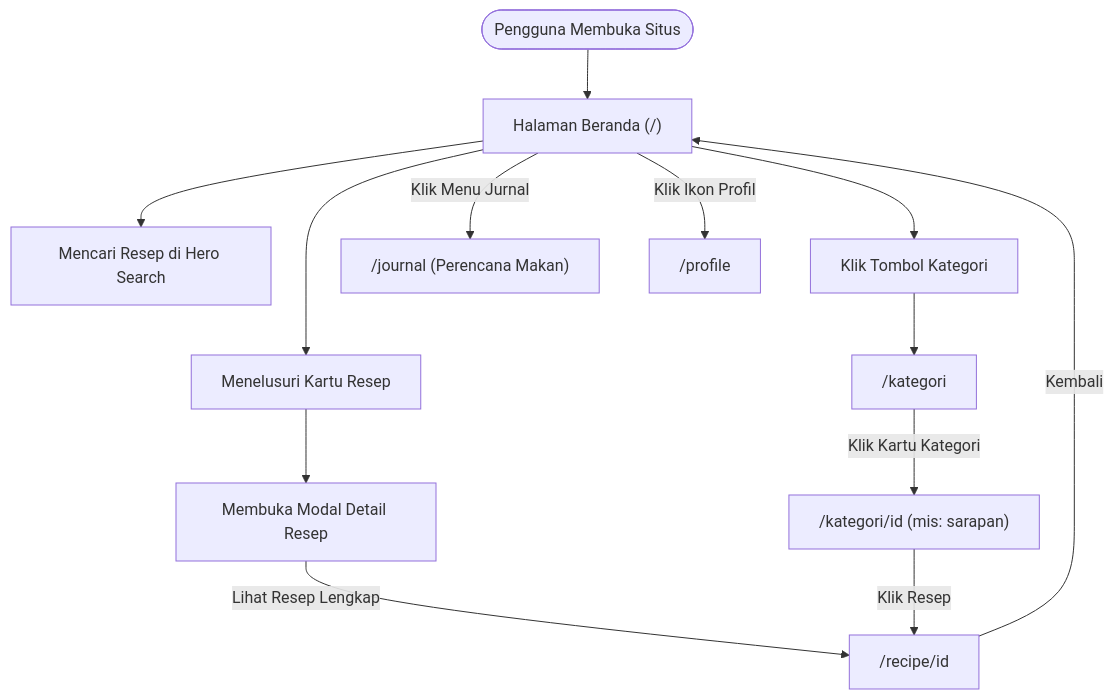
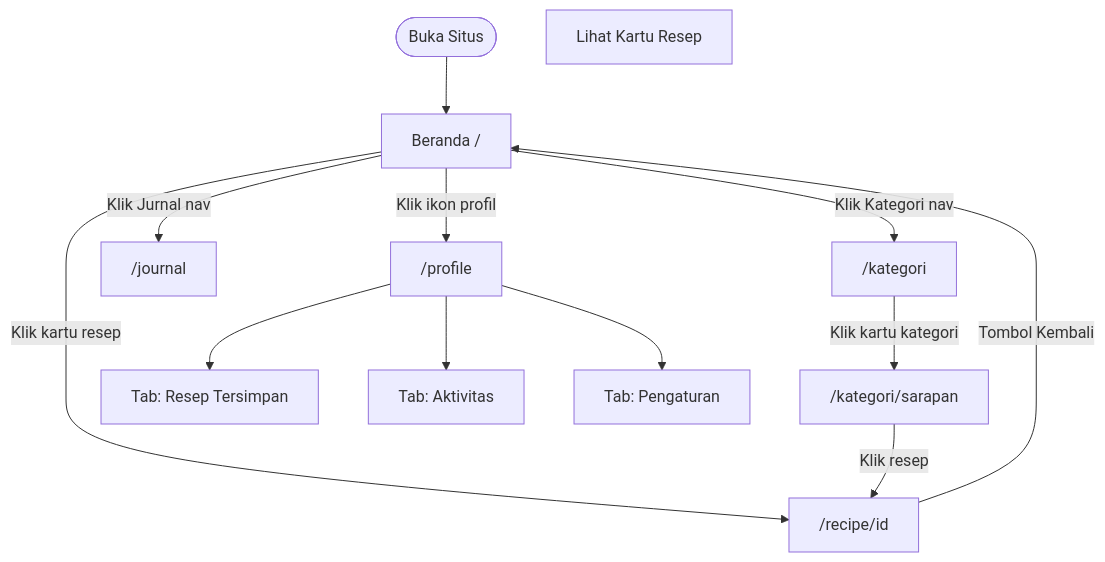
One commit to nabilkencana/Resep-Makanan-Frontend changed the second of 5 diagrams in technical_guide.md. Above: the diagram before and after it, drawn with Mermaid. The commit also changed other lines of this file and 1 other file, not shown here.

Commit message:
docs: update technical and simple project guides with detailed architecture and component information

````diff
--- a/technical_guide.md
+++ b/technical_guide.md
@@ -132,31 +266,28 @@
 ```mermaid
 graph TD
-    Start(["Pengguna Membuka Situs"])
-    Landing["Halaman Beranda (/)"]
-    Search["Mencari Resep di Hero Search"]
-    Browse["Menelusuri Kartu Resep"]
-    Modal["Membuka Modal Detail Resep"]
-    GoCategory["Klik Tombol Kategori"]
-    CategoryPage["/kategori"]
-    CategoryDetail["/kategori/id (mis: sarapan)"]
+    Start(["Buka Situs"])
+    Home["Beranda /"]
+    Browse["Lihat Kartu Resep"]
     RecipePage["/recipe/id"]
-    Journal["/journal (Perencana Makan)"]
+    CatPage["/kategori"]
+    CatDetail["/kategori/sarapan"]
+    Journal["/journal"]
     Profile["/profile"]
+    TabRec["Tab: Resep Tersimpan"]
+    TabAct["Tab: Aktivitas"]
+    TabSet["Tab: Pengaturan"]
 
-    Start --> Landing
-    Landing --> Search
-    Landing --> Browse
-    Landing --> GoCategory
+    Start --> Home
+    Home -->|"Klik kartu resep"| RecipePage
+    Home -->|"Klik Kategori nav"| CatPage
+    Home -->|"Klik Jurnal nav"| Journal
+    Home -->|"Klik ikon profil"| Profile
 
-    Browse --> Modal
-    Modal -->|"Lihat Resep Lengkap"| RecipePage
+    CatPage -->|"Klik kartu kategori"| CatDetail
+    CatDetail -->|"Klik resep"| RecipePage
+    RecipePage -->|"Tombol Kembali"| Home
 
-    GoCategory --> CategoryPage
-    CategoryPage -->|"Klik Kartu Kategori"| CategoryDetail
-    CategoryDetail -->|"Klik Resep"| RecipePage
-
-    Landing -->|"Klik Menu Jurnal"| Journal
-    Landing -->|"Klik Ikon Profil"| Profile
-
-    RecipePage -->|"Kembali"| Landing
+    Profile --> TabRec
+    Profile --> TabAct
+    Profile --> TabSet
 ```
````
